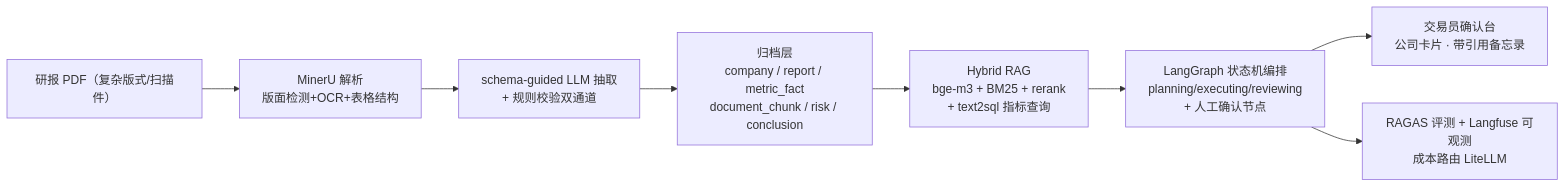
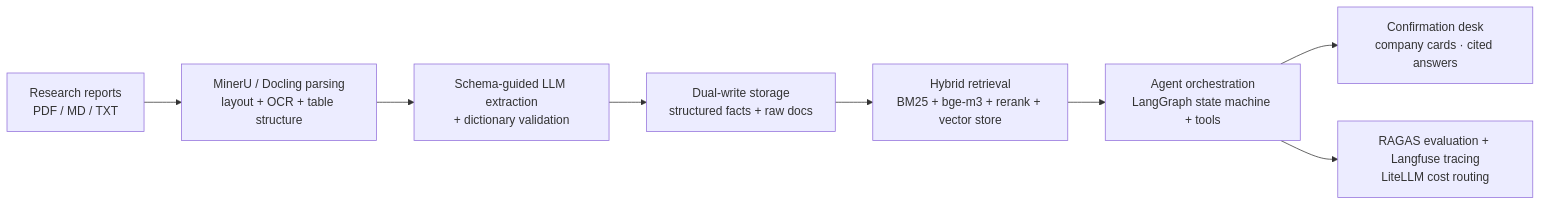
One commit to PAUL01zjb/quantra changed the diagram in README.md. Above: the diagram before and after it, drawn with Mermaid. The commit also changed other lines of this file and 27 other files, not shown here.

Commit message:
Production repositioning: English-first docs, providers layer (LLM/embeddings/vectorstore/reranker/observability), LangGraph wiring, professional setup wizard, LICENSE + CI

````diff
--- a/README.md
+++ b/README.md
@@ -9,10 +30,10 @@
 ```mermaid
 flowchart LR
-  A["研报 PDF（复杂版式/扫描件）"] --> B["MinerU 解析<br/>版面检测+OCR+表格结构"]
-  B --> C["schema-guided LLM 抽取<br/>+ 规则校验双通道"]
-  C --> D["归档层<br/>company / report / metric_fact<br/>document_chunk / risk / conclusion"]
-  D --> E["Hybrid RAG<br/>bge-m3 + BM25 + rerank<br/>+ text2sql 指标查询"]
-  E --> F["LangGraph 状态机编排<br/>planning/executing/reviewing<br/>+ 人工确认节点"]
-  F --> G["交易员确认台<br/>公司卡片 · 带引用备忘录"]
-  F --> H["RAGAS 评测 + Langfuse 可观测<br/>成本路由 LiteLLM"]
+  A["Research reports<br/>PDF / MD / TXT"] --> B["MinerU / Docling parsing<br/>layout + OCR + table structure"]
+  B --> C["Schema-guided LLM extraction<br/>+ dictionary validation"]
+  C --> D["Dual-write storage<br/>structured facts + raw docs"]
+  D --> E["Hybrid retrieval<br/>BM25 + bge-m3 + rerank + vector store"]
+  E --> F["Agent orchestration<br/>LangGraph state machine + tools"]
+  F --> G["Confirmation desk<br/>company cards · cited answers"]
+  F --> H["RAGAS evaluation + Langfuse tracing<br/>LiteLLM cost routing"]
 ```
````
